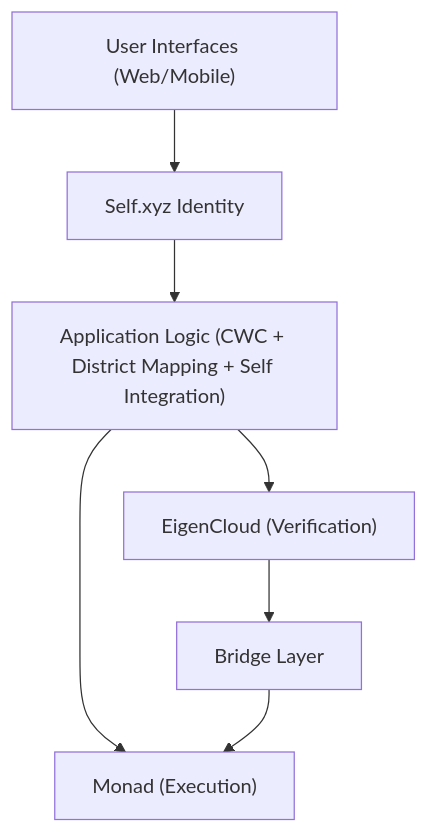
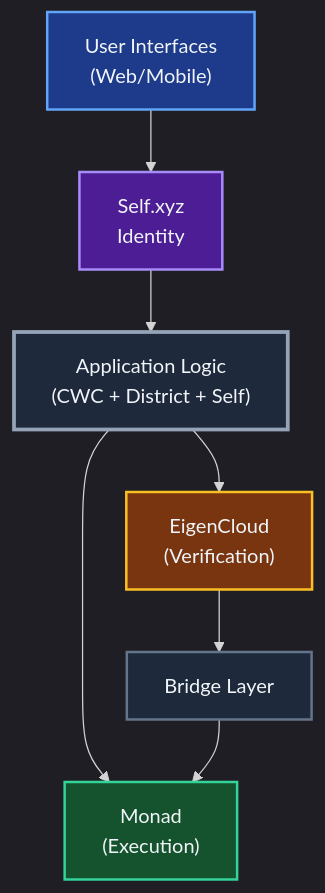
One commit to communisaas/voter-protocol changed the first of 5 diagrams in docs/architecture/OVERVIEW_HYBRID_ARCHITECTURE.md. Above: the diagram before and after it, drawn with Mermaid. The commit also changed other lines of this file and 7 other files, not shown here.

````diff
--- a/docs/architecture/OVERVIEW_HYBRID_ARCHITECTURE.md
+++ b/docs/architecture/OVERVIEW_HYBRID_ARCHITECTURE.md
@@ -15,9 +15,17 @@
 ```mermaid
+%%{init: {'theme':'dark', 'themeVariables': { 'primaryColor':'#1e293b', 'primaryBorderColor':'#64748b', 'primaryTextColor':'#f1f5f9', 'background':'#0f172a', 'mainBkg':'#1e293b', 'secondaryBkg':'#334155'}}}%%
 flowchart TB
-  UI["User Interfaces (Web/Mobile)"] --> Self["Self.xyz Identity"]
-  Self --> App["Application Logic (CWC + District Mapping + Self Integration)"]
-  App --> Monad["Monad (Execution)"]
-  App --> Eigen["EigenCloud (Verification)"]
+  UI["User Interfaces<br/>(Web/Mobile)"] --> Self["Self.xyz<br/>Identity"]
+  Self --> App["Application Logic<br/>(CWC + District + Self)"]
+  App --> Monad["Monad<br/>(Execution)"]
+  App --> Eigen["EigenCloud<br/>(Verification)"]
   Eigen --> Bridge["Bridge Layer"]
   Bridge --> Monad
+  
+  style UI fill:#1e3a8a,stroke:#60a5fa,stroke-width:2px,color:#f1f5f9
+  style Self fill:#4c1d95,stroke:#a78bfa,stroke-width:2px,color:#f1f5f9
+  style App fill:#1e293b,stroke:#94a3b8,stroke-width:3px,color:#f1f5f9
+  style Monad fill:#14532d,stroke:#34d399,stroke-width:2px,color:#f1f5f9
+  style Eigen fill:#78350f,stroke:#fbbf24,stroke-width:2px,color:#f1f5f9
+  style Bridge fill:#1e293b,stroke:#64748b,stroke-width:2px,color:#f1f5f9
 ```
````
